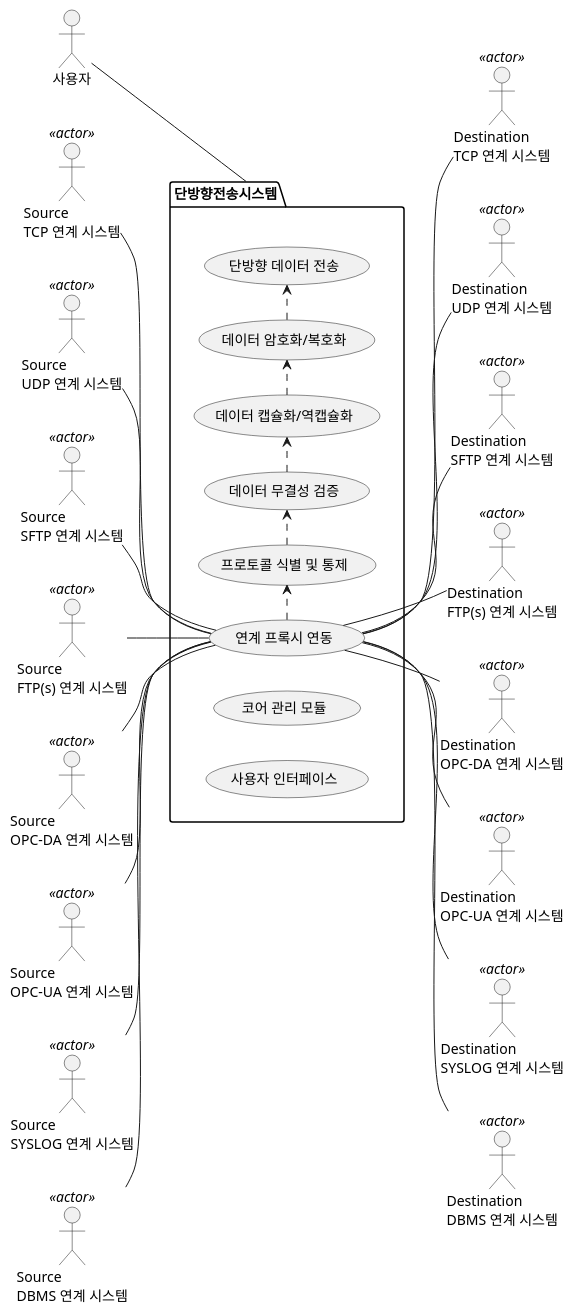
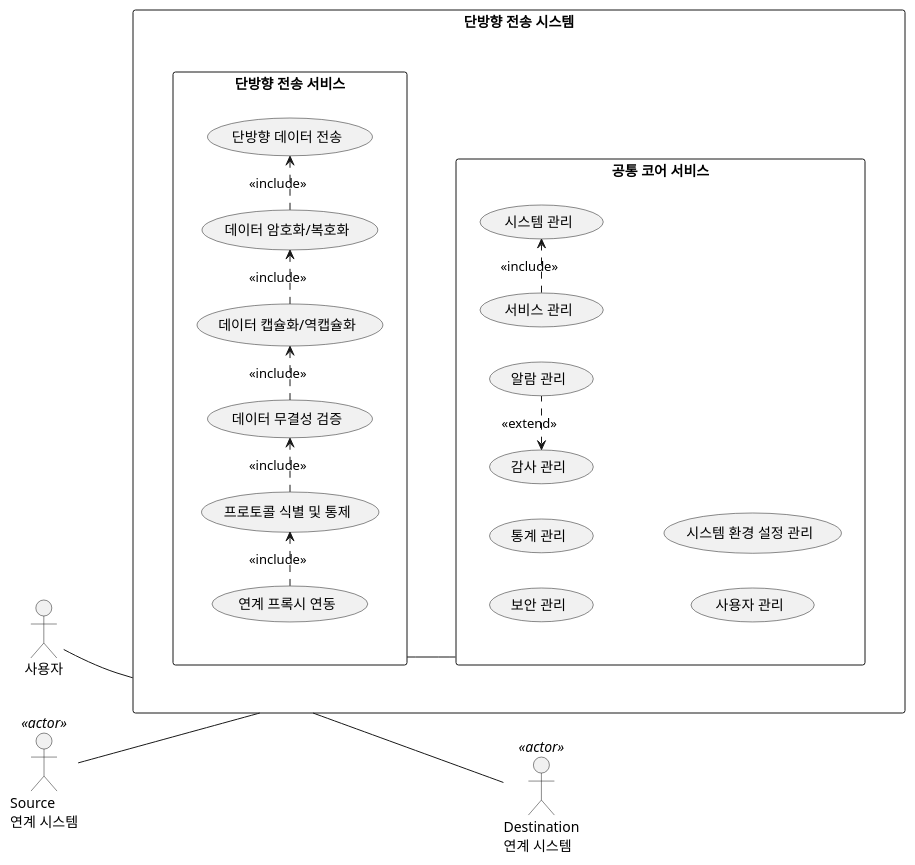
One commit to phs2131/CSharpStudy changed the diagram in UTG Design/systemscope.plantuml. Above: the diagram before and after it, drawn with PlantUML. The commit also changed 9 other files, not shown here.

```diff
--- a/UTG Design/systemscope.plantuml
+++ b/UTG Design/systemscope.plantuml
@@ -1,65 +1,45 @@
 @startuml
 left to right direction
+skinparam packageStyle rectangle
 
 actor "사용자" as User
-actor "Source\nTCP 연계 시스템" as TCPSrc << actor >>
-actor "Source\nUDP 연계 시스템" as UDPSrc << actor >>
-actor "Source\nSFTP 연계 시스템" as SFTPSrc << actor >>
-actor "Source\nFTP(s) 연계 시스템" as FTPsSrc << actor >>
-actor "Source\nOPC-DA 연계 시스템" as OPCDASrc << actor >>
-actor "Source\nOPC-UA 연계 시스템" as OPCUASrc << actor >>
-actor "Source\nSYSLOG 연계 시스템" as SYSLOGSrc << actor >>
-actor "Source\nDBMS 연계 시스템" as DBMSSrc << actor >>
+actor "Source\n연계 시스템" as Src << actor >>
+actor "Destination\n연계 시스템" as Dst << actor >>
 
-actor "Destination\nTCP 연계 시스템" as TCPDst << actor >>
-actor "Destination\nUDP 연계 시스템" as UDPDst << actor >>
-actor "Destination\nSFTP 연계 시스템" as SFTPDst << actor >>
-actor "Destination\nFTP(s) 연계 시스템" as FTPsDst << actor >>
-actor "Destination\nOPC-DA 연계 시스템" as OPCDADst << actor >>
-actor "Destination\nOPC-UA 연계 시스템" as OPCUADst << actor >>
-actor "Destination\nSYSLOG 연계 시스템" as SYSLOGDst << actor >>
-actor "Destination\nDBMS 연계 시스템" as DBMSDst << actor >>
-
-package "단방향전송시스템" as UTG_System {
+rectangle "단방향 전송 시스템" as UTG_SYS {
+rectangle "단방향 전송 서비스" as UTG_SVC {
     usecase "연계 프록시 연동" as Proxy
     usecase "프로토콜 식별 및 통제" as ProtoClassify
     usecase "데이터 무결성 검증" as DataIntegrityChk
     usecase "데이터 암호화/복호화" as DataEncDec
     usecase "데이터 캡슐화/역캡슐화" as DataEncapDecap
     usecase "단방향 데이터 전송" as UniDataTransfer
-    usecase "코어 관리 모듈"
-    usecase "사용자 인터페이스"
-    
-    User -down- UTG_System
-    TCPSrc -- (Proxy)
-    (Proxy) -- TCPDst
 
-    UDPSrc -- (Proxy)
-    (Proxy) -- UDPDst
-
-    SFTPSrc -- (Proxy)
-    (Proxy) -- SFTPDst
-
-    FTPsSrc -- (Proxy)
-    (Proxy) -- FTPsDst
-
-    OPCDASrc -- (Proxy)
-    (Proxy) -- OPCDADst
-
-    OPCUASrc -- (Proxy)
-    (Proxy) -- OPCUADst
-
-    SYSLOGSrc -- (Proxy)
-    (Proxy) -- SYSLOGDst
-
-    DBMSSrc -- (Proxy)
-    (Proxy) -- DBMSDst
-
-    (Proxy) .> (ProtoClassify)
-    (ProtoClassify) .> (DataIntegrityChk)
-    (DataIntegrityChk) .> (DataEncapDecap)
-    (DataEncapDecap) .> (DataEncDec)
-    (DataEncDec) .> (UniDataTransfer)
+    (Proxy) .> (ProtoClassify) : <<include>>
+    (ProtoClassify) .> (DataIntegrityChk) : <<include>>
+    (DataIntegrityChk) .> (DataEncapDecap) : <<include>>
+    (DataEncapDecap) .> (DataEncDec) : <<include>>
+    (DataEncDec) .> (UniDataTransfer) : <<include>>
 }
 
+rectangle "공통 코어 서비스" as CORE_SVC {
+    usecase "서비스 관리" as svcmgmt
+    usecase "시스템 관리" as sysmgmt
+    usecase "보안 관리" as secmgmt
+    usecase "감사 관리" as auditmgmt
+    usecase "통계 관리" as statmgmt
+    usecase "사용자 관리" as usermgmt
+    usecase "알람 관리" as alarmmgmt
+    usecase "시스템 환경 설정 관리" as sysenvmgmt
+
+    (svcmgmt) .> (sysmgmt) : <<include>>
+    (auditmgmt) <. (alarmmgmt) : <<extend>>
+}
+
+}
+
+User -- UTG_SYS
+Src -- UTG_SYS
+UTG_SYS -- Dst
+UTG_SVC -- CORE_SVC
 @enduml
```
